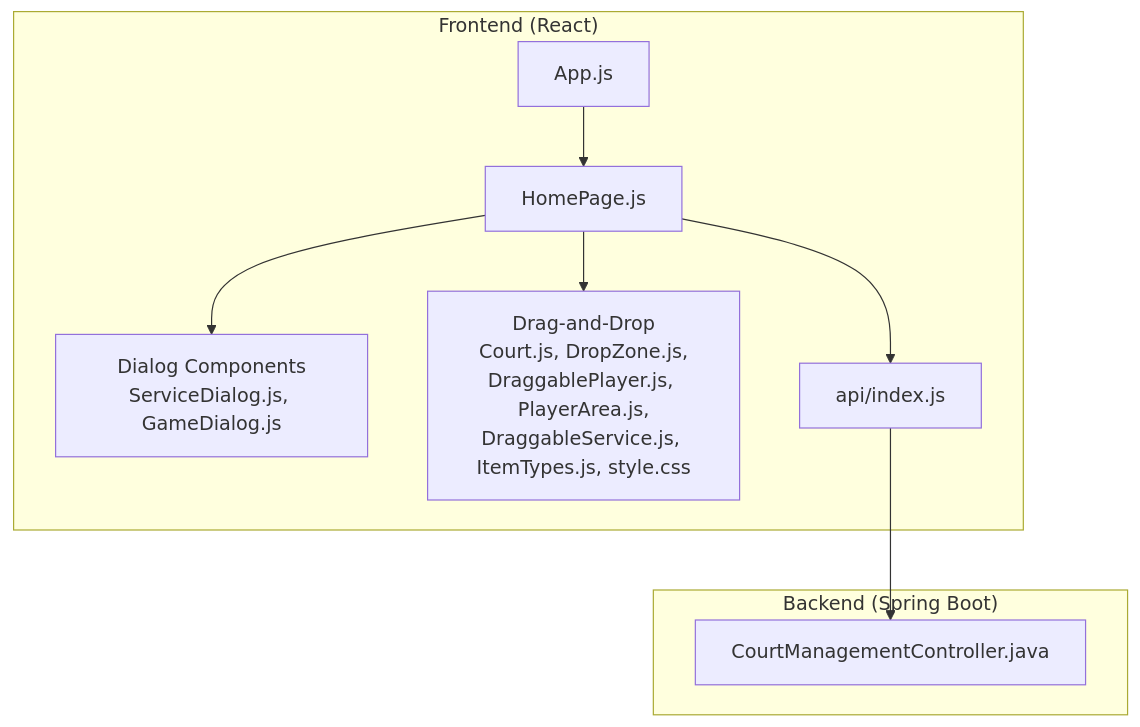
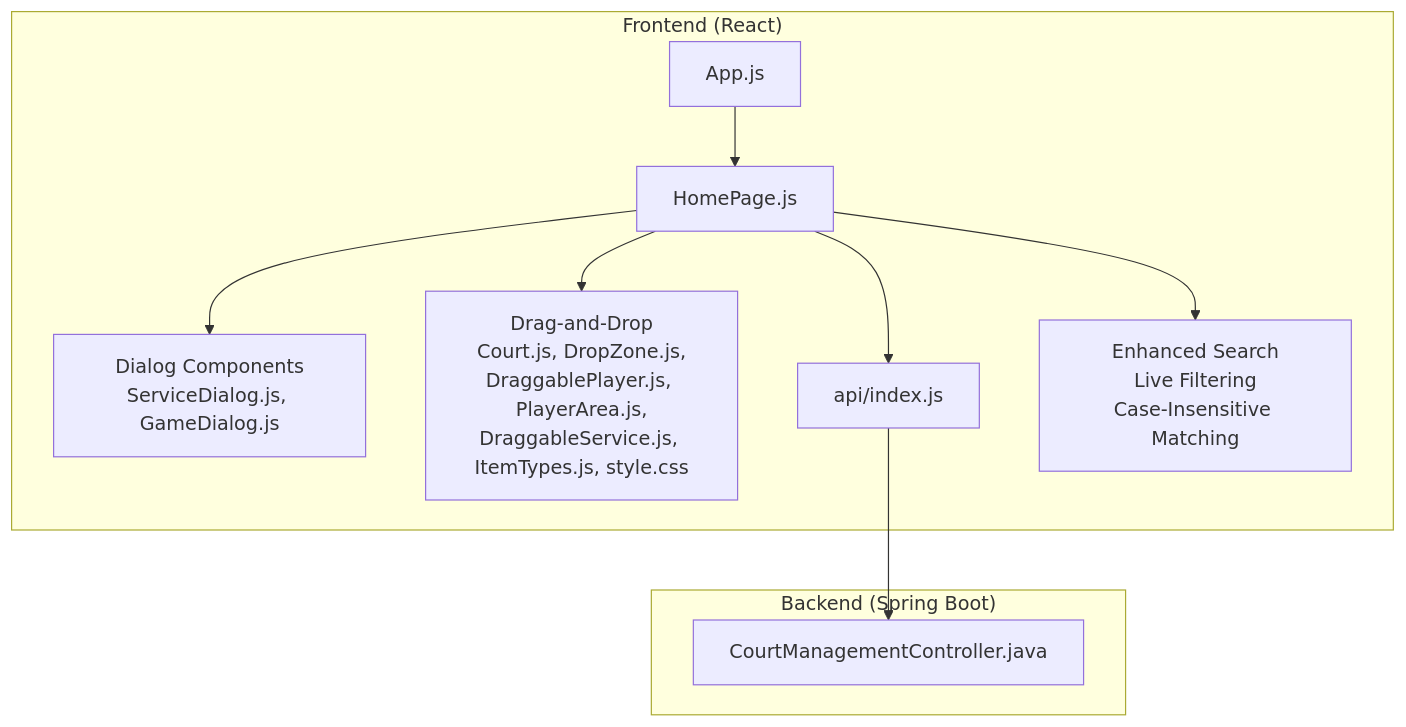
The first of 12 diagrams in .qoder/repowiki/en/content/Court Management Interface.md (Vissel/badminton-court-management), drawn with Mermaid before and after one commit. The commit also changed other lines of this file and 36 other files, not shown here.

````diff
--- a/.qoder/repowiki/en/content/Court Management Interface.md
+++ b/.qoder/repowiki/en/content/Court Management Interface.md
@@ -39,18 +48,20 @@
 ```mermaid
 graph TB
 subgraph "Frontend (React)"
 APP["App.js"]
 HOME["HomePage.js"]
 DIALOGS["Dialog Components<br/>ServiceDialog.js, GameDialog.js"]
 DnD["Drag-and-Drop<br/>Court.js, DropZone.js,<br/>DraggablePlayer.js, PlayerArea.js,<br/>DraggableService.js, ItemTypes.js, style.css"]
 API["api/index.js"]
+SEARCH["Enhanced Search<br/>Live Filtering<br/>Case-Insensitive Matching"]
 end
 subgraph "Backend (Spring Boot)"
 CTRL["CourtManagementController.java"]
 end
 APP --> HOME
 HOME --> DnD
 HOME --> DIALOGS
 HOME --> API
+HOME --> SEARCH
 API --> CTRL
 ```
````
